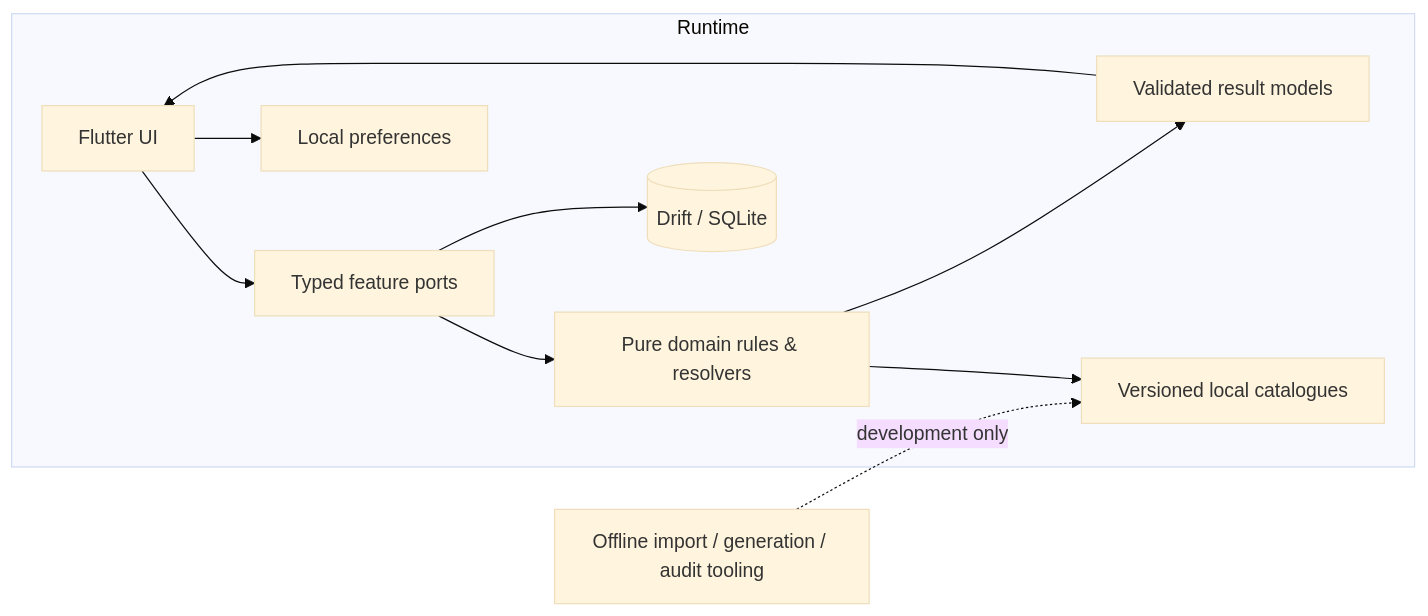
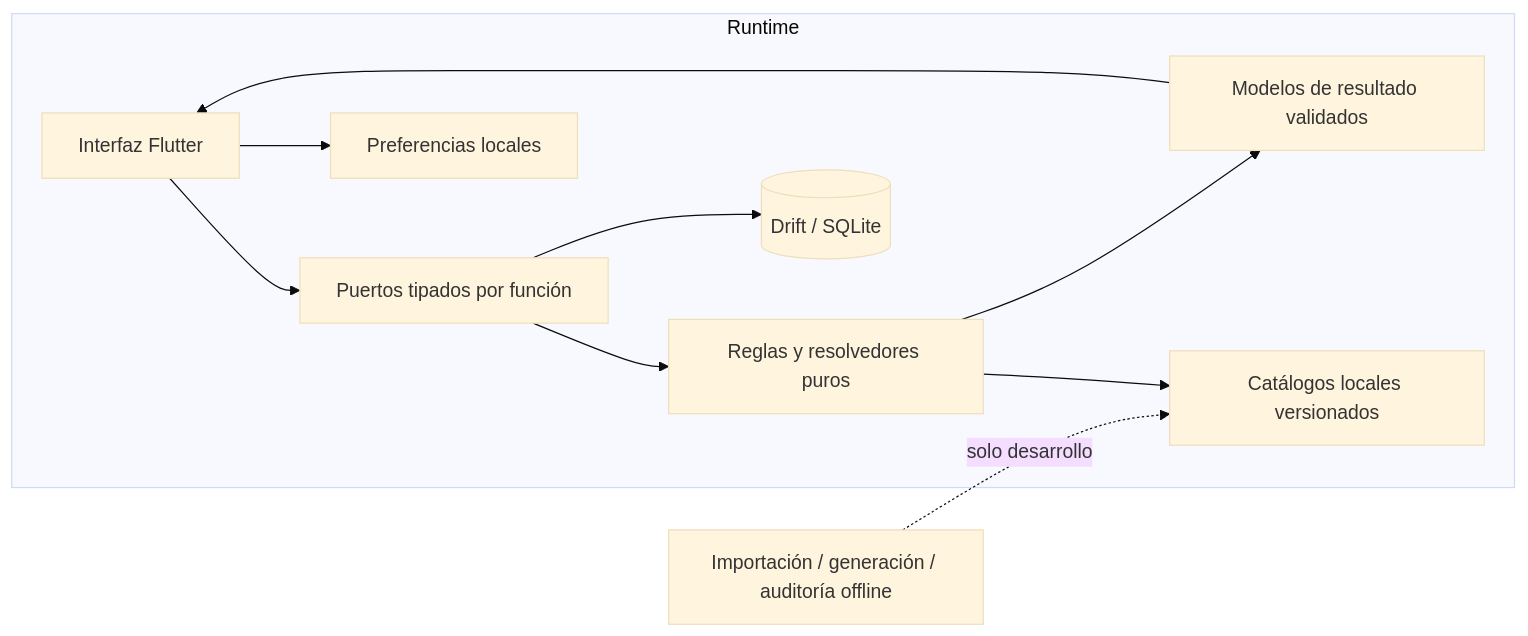
One commit to DiegoARRFRA/pokechampions-core-showcase changed the diagram in README.md. Above: the diagram before and after it, drawn with Mermaid (base theme). The commit also changed other lines of this file, not shown here.

````diff
--- a/README.md
+++ b/README.md
@@ -64,22 +68,22 @@
 ```mermaid
 flowchart LR
-    UI[Flutter UI] --> PORTS[Typed feature ports]
-    PORTS --> DOMAIN[Pure domain rules & resolvers]
-    DOMAIN --> CATALOGS[Versioned local catalogues]
+    UI[Interfaz Flutter] --> PORTS[Puertos tipados por función]
+    PORTS --> DOMAIN[Reglas y resolvedores puros]
+    DOMAIN --> CATALOGS[Catálogos locales versionados]
     PORTS --> DB[(Drift / SQLite)]
-    UI --> PREFS[Local preferences]
-    DOMAIN --> RESULTS[Validated result models]
+    UI --> PREFS[Preferencias locales]
+    DOMAIN --> RESULTS[Modelos de resultado validados]
     RESULTS --> UI
 
     subgraph Runtime
       UI
       PORTS
       DOMAIN
       CATALOGS
       DB
       PREFS
       RESULTS
     end
 
-    DEV[Offline import / generation / audit tooling] -. development only .-> CATALOGS
+    DEV[Importación / generación / auditoría offline] -. solo desarrollo .-> CATALOGS
 ```
````
